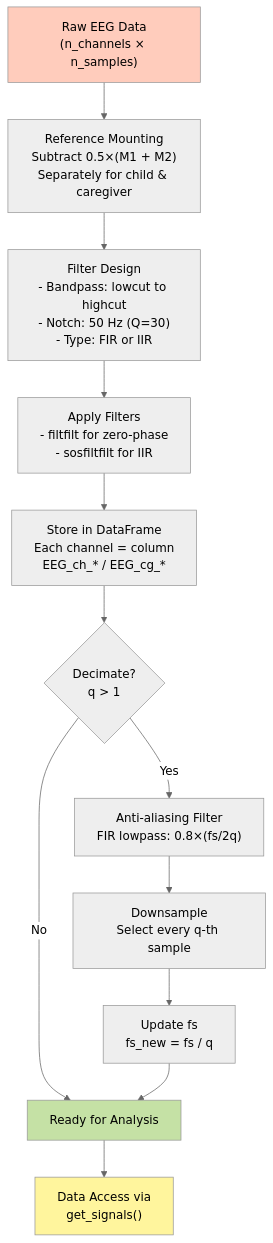
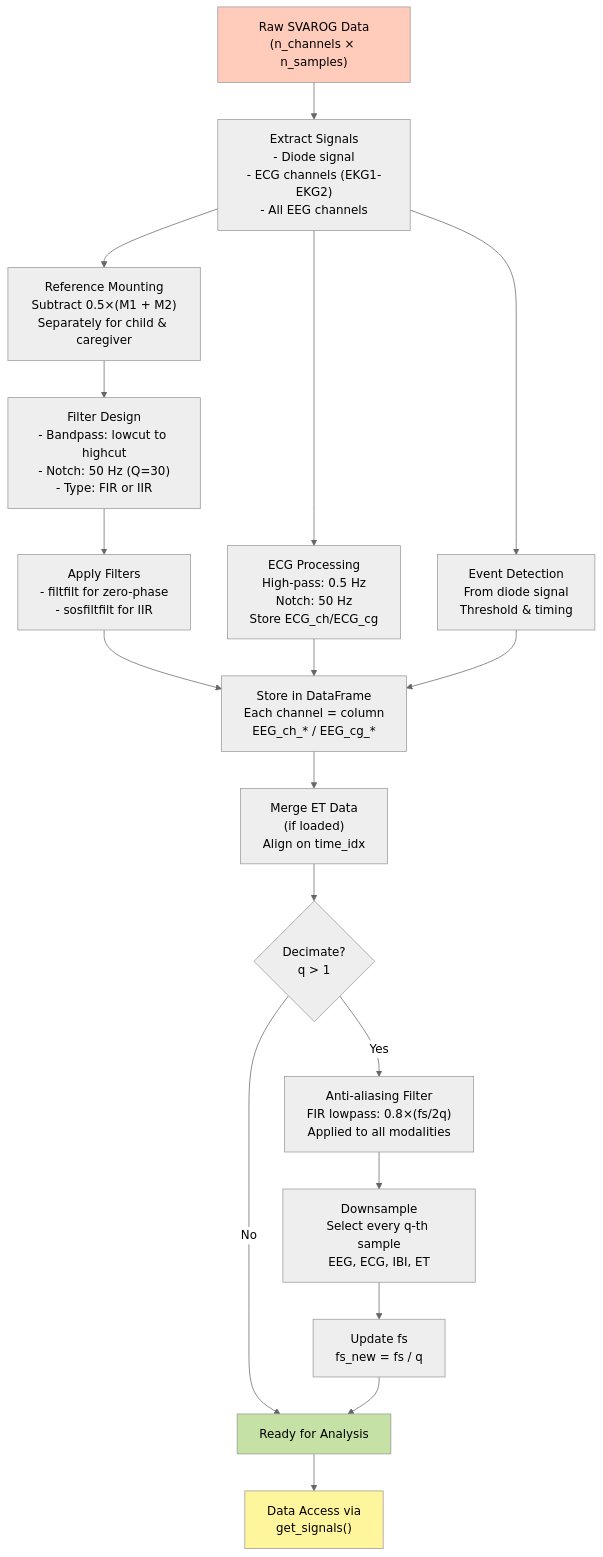
The third of 5 diagrams in docs/architecture_diagram.md (SYNCC-IN/hyperscanning-signal-analysis), drawn with Mermaid (neutral theme) before and after one commit. The commit also changed other lines of this file, not shown here.

Commit message:
Fix architecture diagram to reflect actual code implementation - Corrected ECG extraction: happens from raw data before EEG filtering, not after - Reorganized data flow to show proper sequence: raw extraction -> processing -> storage -> decimation -> access

````diff
--- a/docs/architecture_diagram.md
+++ b/docs/architecture_diagram.md
@@ -120,27 +129,38 @@
 ```mermaid
 flowchart TD
-    START["Raw EEG Data<br/>(n_channels × n_samples)"]
+    START["Raw SVAROG Data<br/>(n_channels × n_samples)"]
     
-    START --> MOUNT["Reference Mounting<br/>Subtract 0.5×(M1 + M2)<br/>Separately for child & caregiver"]
+    START --> EXTRACT["Extract Signals<br/>- Diode signal<br/>- ECG channels (EKG1-EKG2)<br/>- All EEG channels"]
+    
+    EXTRACT --> ECG_PROC["ECG Processing<br/>High-pass: 0.5 Hz<br/>Notch: 50 Hz<br/>Store ECG_ch/ECG_cg"]
+    
+    EXTRACT --> DIODE["Event Detection<br/>From diode signal<br/>Threshold & timing"]
+    
+    EXTRACT --> MOUNT["Reference Mounting<br/>Subtract 0.5×(M1 + M2)<br/>Separately for child & caregiver"]
     
     MOUNT --> DESIGN["Filter Design<br/>- Bandpass: lowcut to highcut<br/>- Notch: 50 Hz (Q=30)<br/>- Type: FIR or IIR"]
     
     DESIGN --> APPLY["Apply Filters<br/>- filtfilt for zero-phase<br/>- sosfiltfilt for IIR"]
     
     APPLY --> STORE["Store in DataFrame<br/>Each channel = column<br/>EEG_ch_* / EEG_cg_*"]
     
-    STORE --> DEC_Q{Decimate?<br/>q > 1}
+    ECG_PROC --> STORE
+    DIODE --> STORE
     
-    DEC_Q -->|Yes| ANTI["Anti-aliasing Filter<br/>FIR lowpass: 0.8×(fs/2q)"]
-    ANTI --> DOWN["Downsample<br/>Select every q-th sample"]
+    STORE --> MERGE_ET["Merge ET Data<br/>(if loaded)<br/>Align on time_idx"]
+    
+    MERGE_ET --> DEC_Q{Decimate?<br/>q > 1}
+    
+    DEC_Q -->|Yes| ANTI["Anti-aliasing Filter<br/>FIR lowpass: 0.8×(fs/2q)<br/>Applied to all modalities"]
+    ANTI --> DOWN["Downsample<br/>Select every q-th sample<br/>EEG, ECG, IBI, ET"]
     DOWN --> UPDATE["Update fs<br/>fs_new = fs / q"]
     
     DEC_Q -->|No| READY["Ready for Analysis"]
     UPDATE --> READY
     
     READY --> ACCESS["Data Access via<br/>get_signals()"]
     
     style START fill:#ffccbc
     style READY fill:#c5e1a5
     style ACCESS fill:#fff59d
 ```
````
